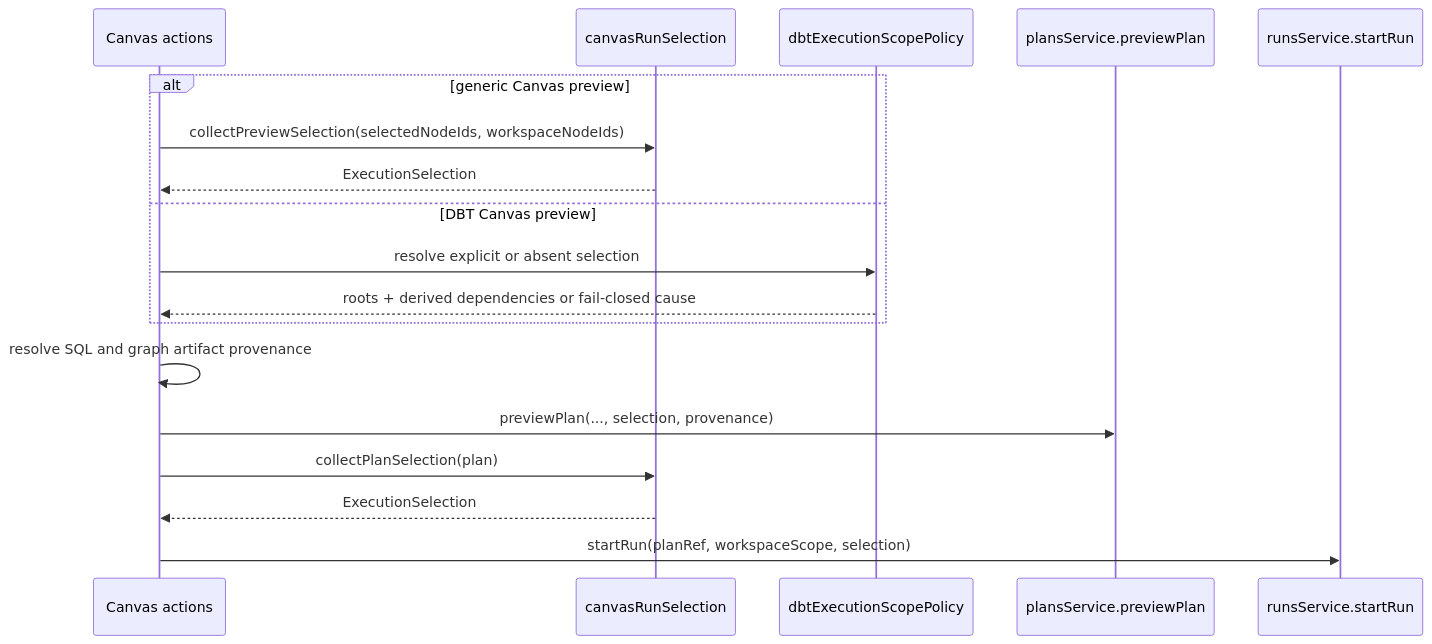
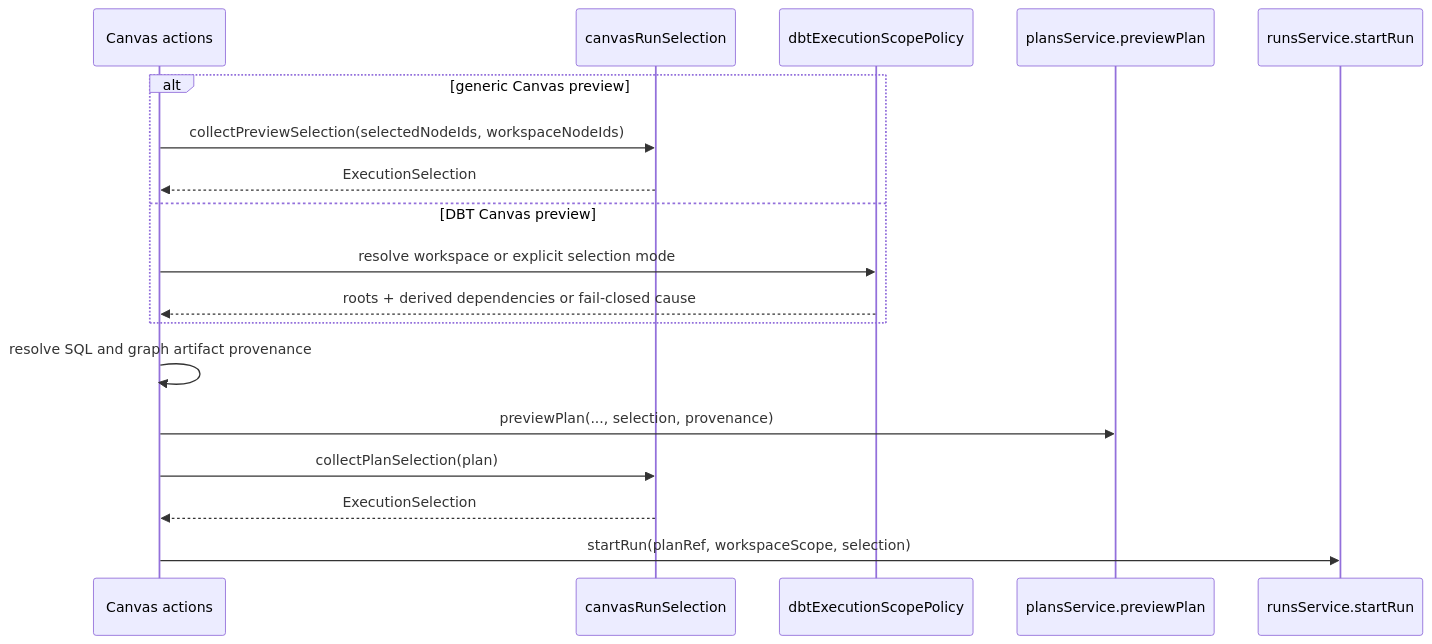
One commit to dunay2/dvt changed the third of 6 diagrams in docs/architecture/components/web/graph/canvas-execution-selection-component.md. Above: the diagram before and after it, drawn with Mermaid. The commit also changed other lines of this file and 8 other files, not shown here.

Commit message:
chore(web): Govern DBT selection intent boundaries

````diff
--- a/docs/architecture/components/web/graph/canvas-execution-selection-component.md
+++ b/docs/architecture/components/web/graph/canvas-execution-selection-component.md
@@ -142,22 +179,22 @@
 ```mermaid
 sequenceDiagram
   participant Canvas as Canvas actions
   participant Selection as canvasRunSelection
   participant DbtScope as dbtExecutionScopePolicy
   participant Plans as plansService.previewPlan
   participant Runs as runsService.startRun
 
   alt generic Canvas preview
     Canvas->>Selection: collectPreviewSelection(selectedNodeIds, workspaceNodeIds)
     Selection-->>Canvas: ExecutionSelection
   else DBT Canvas preview
-    Canvas->>DbtScope: resolve explicit or absent selection
+    Canvas->>DbtScope: resolve workspace or explicit selection mode
     DbtScope-->>Canvas: roots + derived dependencies or fail-closed cause
   end
   Canvas->>Canvas: resolve SQL and graph artifact provenance
   Canvas->>Plans: previewPlan(..., selection, provenance)
 
   Canvas->>Selection: collectPlanSelection(plan)
   Selection-->>Canvas: ExecutionSelection
   Canvas->>Runs: startRun(planRef, workspaceScope, selection)
 ```
````
